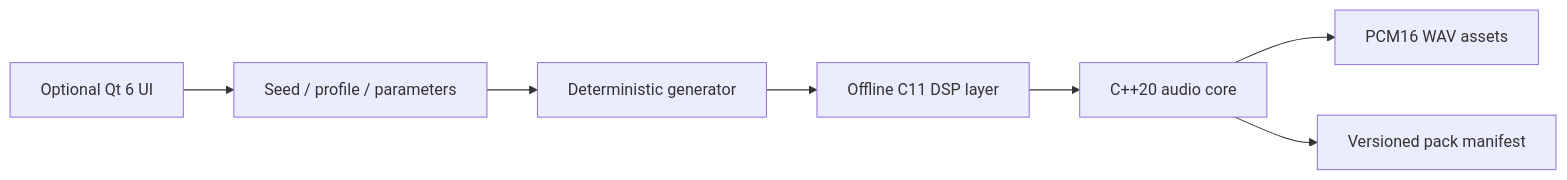
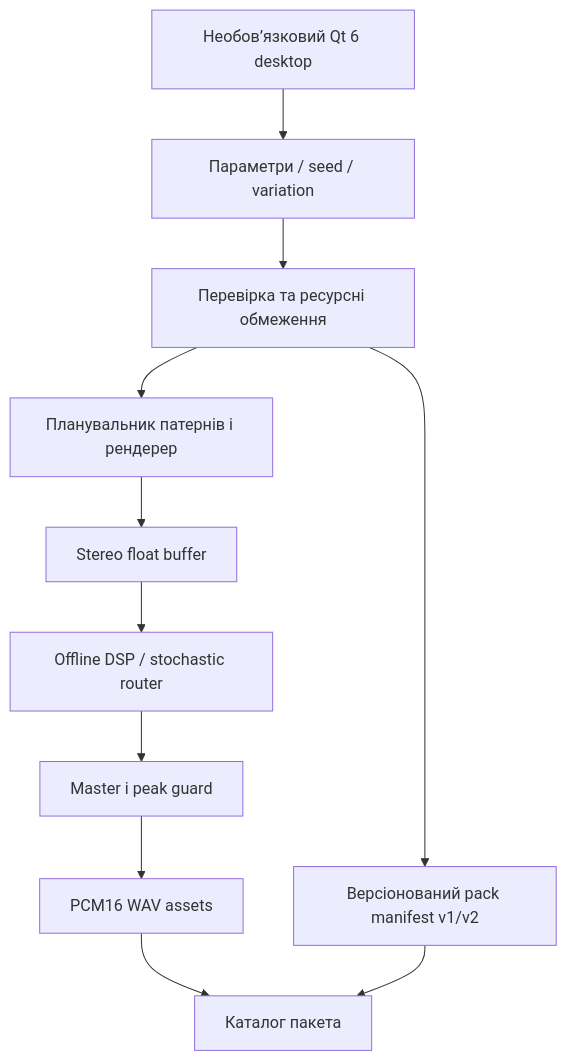
The diagram in README.uk.md (Ivan-VHS/VentuSample), drawn with Mermaid before and after one commit. The commit also changed other lines of this file, not shown here.

```diff
--- a/README.uk.md
+++ b/README.uk.md
@@ -33,9 +37,13 @@
 ~~~mermaid
-flowchart LR
-  P["Seed / profile / parameters"] --> G["Deterministic generator"]
-  G --> D["Offline C11 DSP layer"]
-  D --> X["C++20 audio core"]
-  X --> W["PCM16 WAV assets"]
-  X --> M["Versioned pack manifest"]
-  Q["Optional Qt 6 UI"] --> P
+flowchart TB
+  U["Параметри / seed / variation"] --> V["Перевірка та ресурсні обмеження"]
+  V --> G["Планувальник патернів і рендерер"]
+  G --> F["Stereo float buffer"]
+  F --> D["Offline DSP / stochastic router"]
+  D --> M["Master і peak guard"]
+  M --> W["PCM16 WAV assets"]
+  V --> J["Версіонований pack manifest v1/v2"]
+  W --> P["Каталог пакета"]
+  J --> P
+  Q["Необов’язковий Qt 6 desktop"] --> U
 ~~~
```
